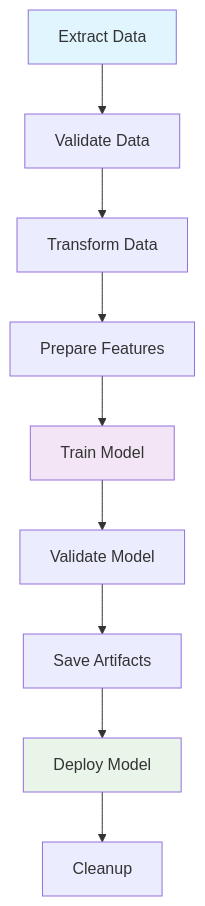
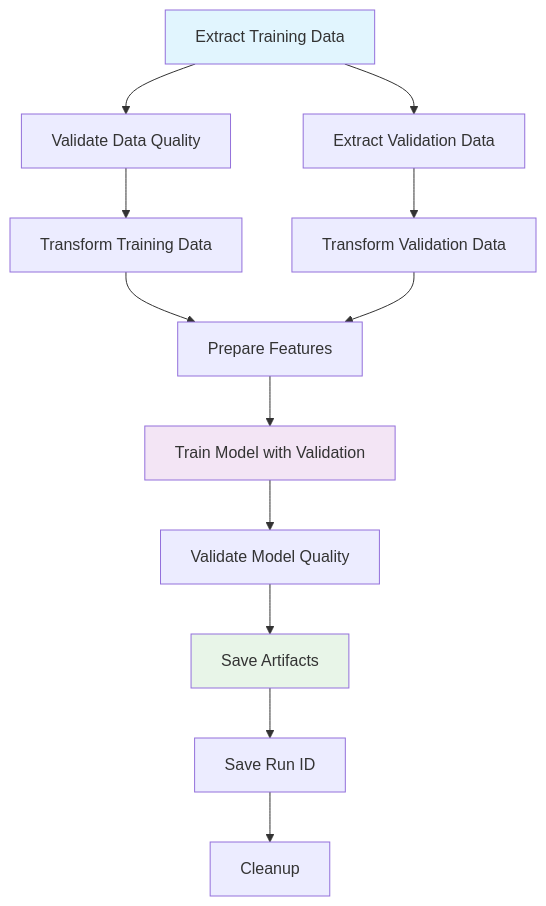
Before and after one commit to mossdet/mlops-dlp: the diagram in week03/README.md, drawn with Mermaid. The commit also changed other lines of this file, not shown here.

````diff
--- a/week03/README.md
+++ b/week03/README.md
@@ -252,15 +271,18 @@
 ```mermaid
 graph TD
-    A[Extract Data] --> B[Validate Data]
-    B --> C[Transform Data]
-    C --> D[Prepare Features]
-    D --> E[Train Model]
-    E --> F[Validate Model]
-    F --> G[Save Artifacts]
-    G --> H[Deploy Model]
-    H --> I[Cleanup]
+    A[Extract Training Data] --> B[Extract Validation Data]
+    A --> C[Validate Data Quality]
+    C --> D[Transform Training Data]
+    B --> E[Transform Validation Data]
+    D --> F[Prepare Features]
+    E --> F
+    F --> G[Train Model with Validation]
+    G --> H[Validate Model Quality]
+    H --> I[Save Artifacts]
+    I --> J[Save Run ID]
+    J --> K[Cleanup]
     
     style A fill:#e1f5fe
-    style E fill:#f3e5f5
-    style H fill:#e8f5e8
+    style G fill:#f3e5f5
+    style I fill:#e8f5e8
 ```
````
